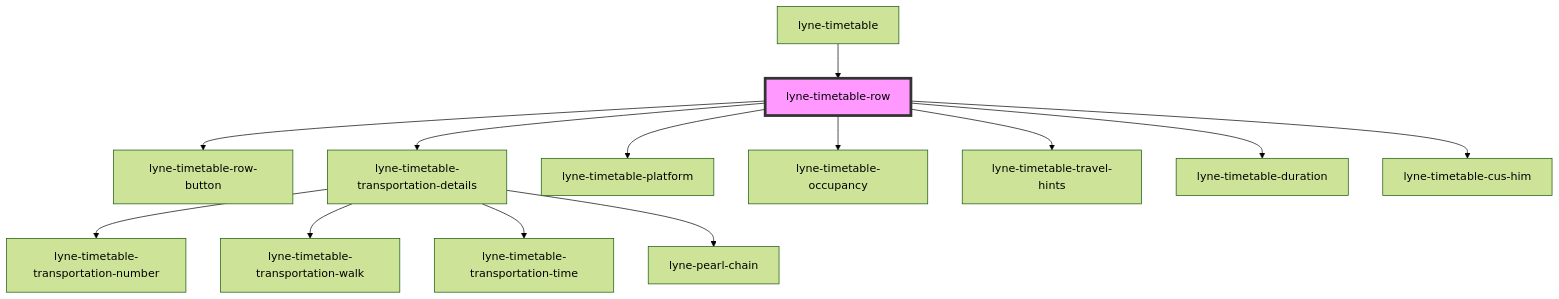
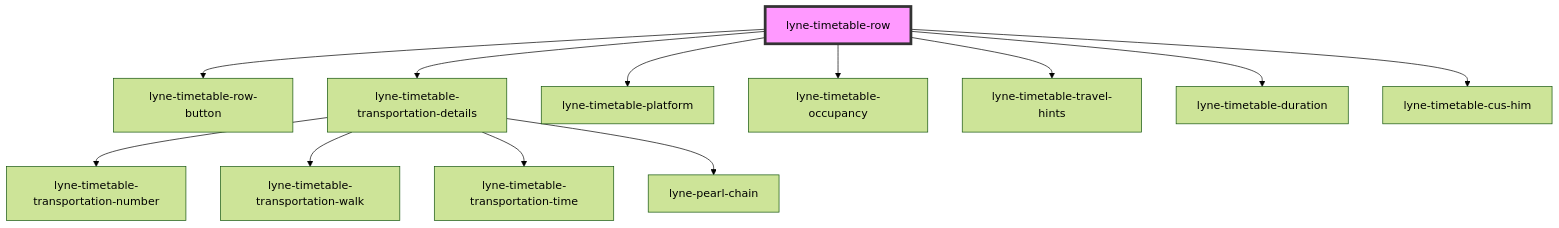
Before and after one commit to sbb-design-systems/lyne-components: the diagram in src/components/lyne-timetable-row/readme.md, drawn with Mermaid (forest theme). The commit also changed other lines of this file and 12 other files, not shown here.

Commit message:
feat: is adding lyne-timetable-row-column-headers module

````diff
--- a/src/components/lyne-timetable-row/readme.md
+++ b/src/components/lyne-timetable-row/readme.md
@@ -32,16 +28,15 @@
 ```mermaid
 graph TD;
   lyne-timetable-row --> lyne-timetable-row-button
   lyne-timetable-row --> lyne-timetable-transportation-details
   lyne-timetable-row --> lyne-timetable-platform
   lyne-timetable-row --> lyne-timetable-occupancy
   lyne-timetable-row --> lyne-timetable-travel-hints
   lyne-timetable-row --> lyne-timetable-duration
   lyne-timetable-row --> lyne-timetable-cus-him
   lyne-timetable-transportation-details --> lyne-timetable-transportation-number
   lyne-timetable-transportation-details --> lyne-timetable-transportation-walk
   lyne-timetable-transportation-details --> lyne-timetable-transportation-time
   lyne-timetable-transportation-details --> lyne-pearl-chain
-  lyne-timetable --> lyne-timetable-row
   style lyne-timetable-row fill:#f9f,stroke:#333,stroke-width:4px
 ```
````
